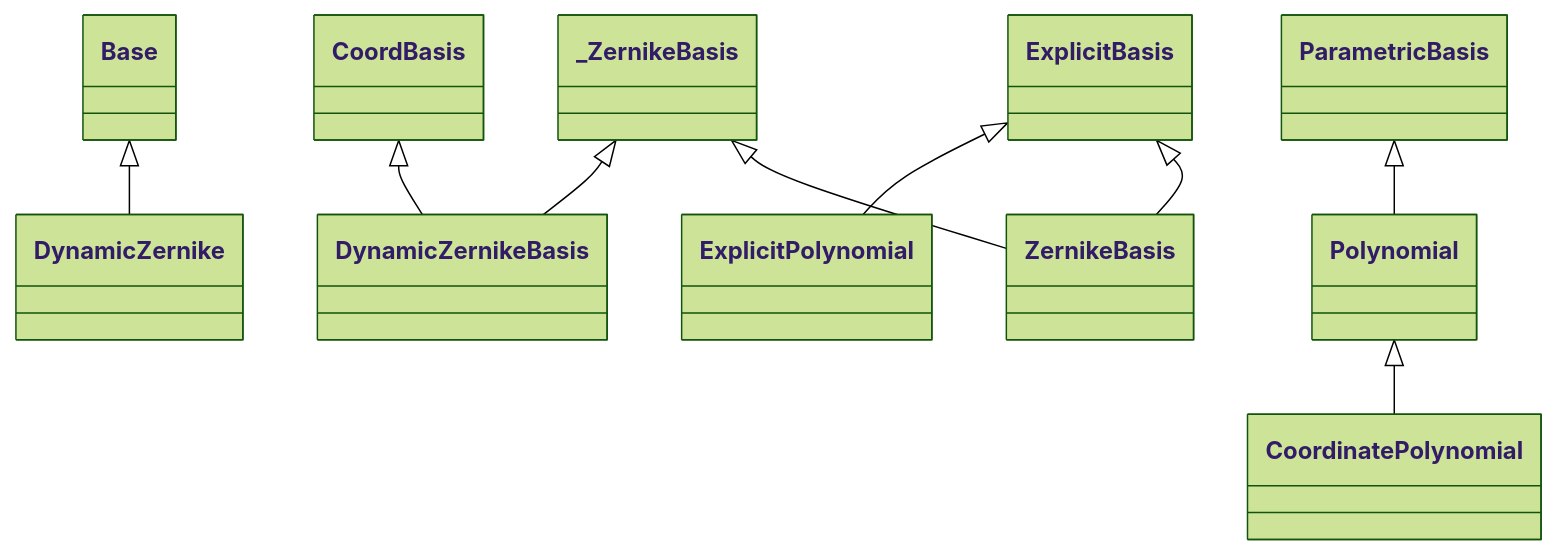
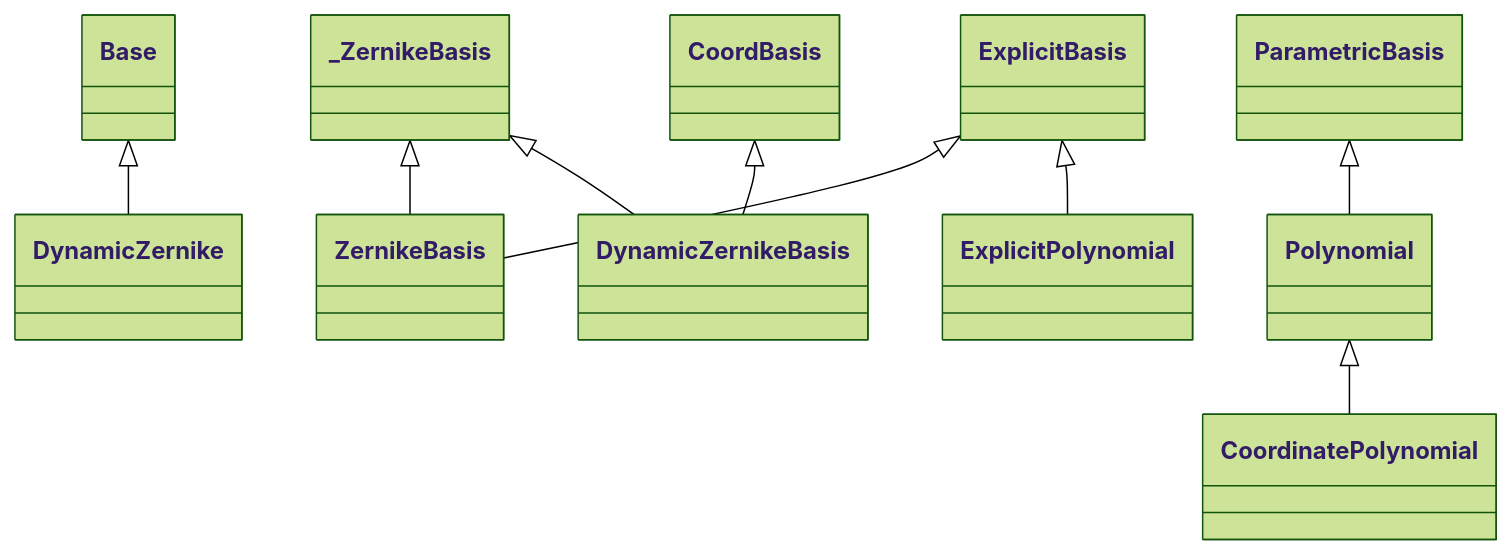
One commit to LouisDesdoigts/dLux changed the diagram in docs/API/parametric/polynomials.md. Above: the diagram before and after it, drawn with Mermaid (forest theme). The commit also changed other lines of this file and 17 other files, not shown here.

Commit message:
Improve generated API diagrams

````diff
--- a/docs/API/parametric/polynomials.md
+++ b/docs/API/parametric/polynomials.md
@@ -5,28 +5,28 @@
 ```mermaid
 classDiagram
     class dLux_parametric_polynomials_DynamicZernike["DynamicZernike"]
     class dLux_parametric_polynomials_ZernikeBasis["ZernikeBasis"]
     class dLux_parametric_polynomials_DynamicZernikeBasis["DynamicZernikeBasis"]
     class dLux_parametric_polynomials_Polynomial["Polynomial"]
     class dLux_parametric_polynomials_ExplicitPolynomial["ExplicitPolynomial"]
     class dLux_parametric_polynomials_CoordinatePolynomial["CoordinatePolynomial"]
     class dLux_parametric_bases_ParametricBasis["ParametricBasis"]
+    class dLux_parametric_bases_CoordBasis["CoordBasis"]
+    class zodiax_base_Base["Base"]
     class dLux_parametric_polynomials__ZernikeBasis["_ZernikeBasis"]
     class dLux_parametric_bases_ExplicitBasis["ExplicitBasis"]
-    class dLux_parametric_bases_CoordBasis["CoordBasis"]
-    class zodiax_base_Base["Base"]
     zodiax_base_Base <|-- dLux_parametric_polynomials_DynamicZernike
     click dLux_parametric_polynomials_DynamicZernike href "#dLux.parametric.polynomials.DynamicZernike" "Attributes: j, n, m, name, _c, _k · Methods: calculate()"
     dLux_parametric_polynomials__ZernikeBasis <|-- dLux_parametric_polynomials_ZernikeBasis
     dLux_parametric_bases_ExplicitBasis <|-- dLux_parametric_polynomials_ZernikeBasis
     click dLux_parametric_polynomials_ZernikeBasis href "#dLux.parametric.polynomials.ZernikeBasis" "Attributes: coefficients, basis_shape, basis"
     dLux_parametric_polynomials__ZernikeBasis <|-- dLux_parametric_polynomials_DynamicZernikeBasis
     dLux_parametric_bases_CoordBasis <|-- dLux_parametric_polynomials_DynamicZernikeBasis
     click dLux_parametric_polynomials_DynamicZernikeBasis href "#dLux.parametric.polynomials.DynamicZernikeBasis" "Attributes: coefficients, basis_shape, zernikes, nsides, diameter · Methods: calculate_basis()"
     dLux_parametric_bases_ParametricBasis <|-- dLux_parametric_polynomials_Polynomial
     click dLux_parametric_polynomials_Polynomial href "#dLux.parametric.polynomials.Polynomial" "Attributes: coefficients, basis_shape, powers · Methods: calculate_basis(), evaluate(), solve_basis()"
     dLux_parametric_bases_ExplicitBasis <|-- dLux_parametric_polynomials_ExplicitPolynomial
     click dLux_parametric_polynomials_ExplicitPolynomial href "#dLux.parametric.polynomials.ExplicitPolynomial" "Attributes: coefficients, basis_shape, basis, powers"
     dLux_parametric_polynomials_Polynomial <|-- dLux_parametric_polynomials_CoordinatePolynomial
     click dLux_parametric_polynomials_CoordinatePolynomial href "#dLux.parametric.polynomials.CoordinatePolynomial" "Attributes: coefficients, basis_shape, powers, ndim · Methods: calculate_basis()"
 ```
````
